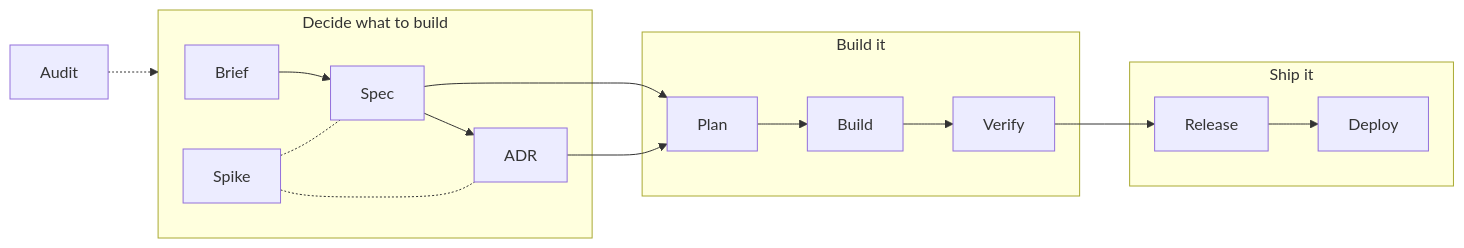
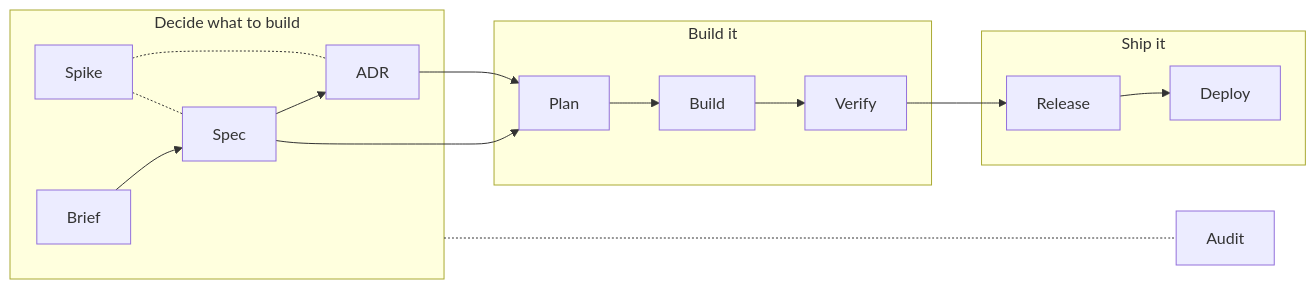
The first of 7 diagrams in docs/lifecycle.md (michaelmarconi/agentic-engineering), drawn with Mermaid before and after one commit.

Commit message:
Lifecycle draft: put audit after shipping in the overview

````diff
--- a/docs/lifecycle.md
+++ b/docs/lifecycle.md
@@ -11,19 +11,20 @@
 ```mermaid
 flowchart LR
     subgraph Decide[Decide what to build]
         Brief --> Spec --> ADR
         Spike
     end
     subgraph Make[Build it]
         Plan --> Build --> Verify
     end
     subgraph Ship[Ship it]
         Release --> Deploy
     end
     Spec --> Plan
     ADR --> Plan
     Verify --> Release
     Spike -.- Spec
     Spike -.- ADR
-    Audit -.-> Decide
+    Ship ~~~ Audit
+    Decide <-.- Audit
 ```
````
